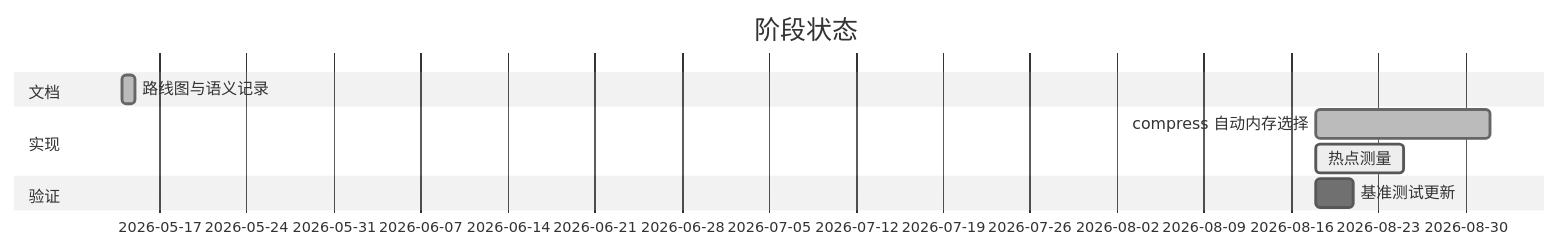
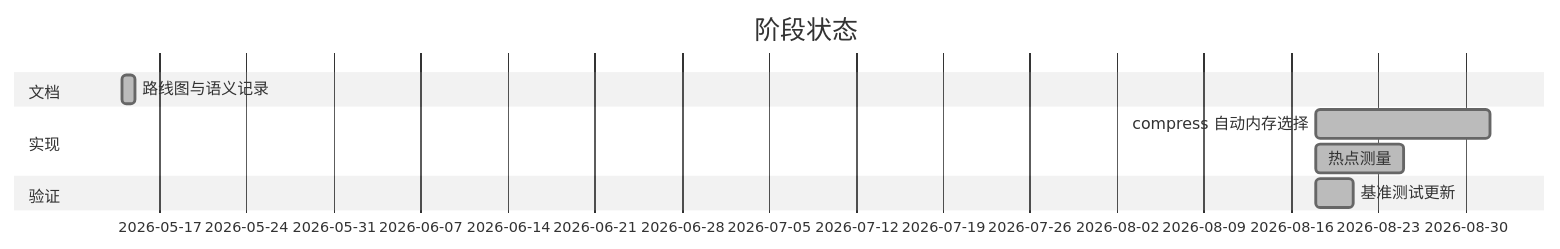
Before and after one commit to open-genomics/fq-compressor-rust: the second of 3 diagrams in docs/architecture/performance-roadmap.md, drawn with Mermaid (neutral theme). The commit also changed other lines of this file and 7 other files, not shown here.

First line of the commit message:
perf(docs): move-based block build + hotspot/real-corpus evidence, roadmap wrap-up

````diff
--- a/docs/architecture/performance-roadmap.md
+++ b/docs/architecture/performance-roadmap.md
@@ -42,12 +48,12 @@
 ```mermaid
 gantt
     title 阶段状态
     dateFormat  YYYY-MM-DD
     section 文档
     路线图与语义记录     :done, 2026-05-14, 1d
     section 实现
     compress 自动内存选择   :done, 2026-08-18, 14d
-    热点测量       :active, 2026-08-18, 7d
+    热点测量       :done, 2026-08-18, 7d
     section 验证
-    基准测试更新   :2026-08-18, 3d
+    基准测试更新   :done, 2026-08-18, 3d
 ```
````
